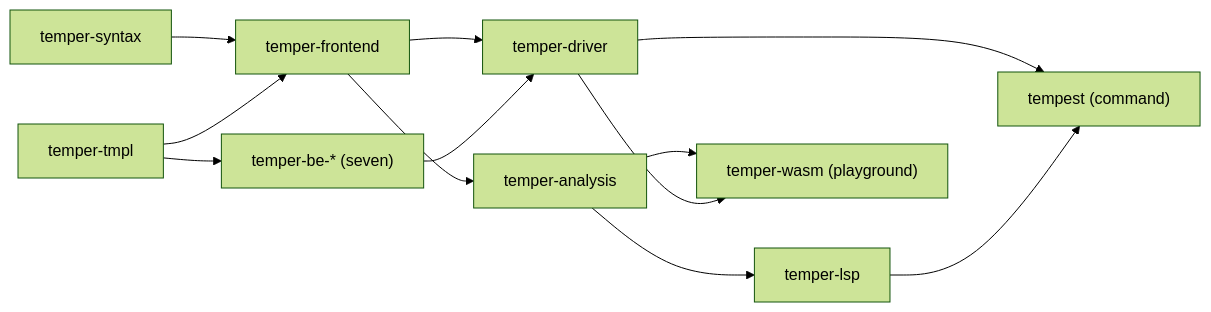
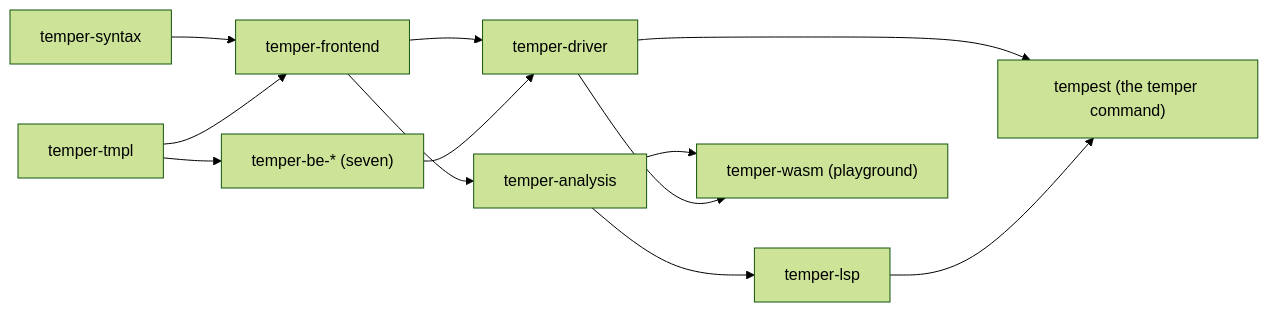
Before and after one commit to temperlang/tempest: the second of 2 diagrams in docs/internals/README.md, drawn with Mermaid (forest theme). The commit also changed other lines of this file and 180 other files, not shown here.

First line of the commit message:
Rename tempest to Temper where users see it

````diff
--- a/docs/internals/README.md
+++ b/docs/internals/README.md
@@ -47,14 +47,14 @@
 ```mermaid
 flowchart LR
   syntax["temper-syntax"] --> frontend["temper-frontend"]
   tmplc["temper-tmpl"] --> frontend
   tmplc --> be["temper-be-* (seven)"]
   frontend --> driver["temper-driver"]
   frontend --> analysis["temper-analysis"]
   be --> driver
   analysis --> lsp["temper-lsp"]
   analysis --> wasm
-  driver --> cli["tempest (command)"]
+  driver --> cli["tempest (the temper command)"]
   lsp --> cli
   driver --> wasm["temper-wasm (playground)"]
 ```
````
